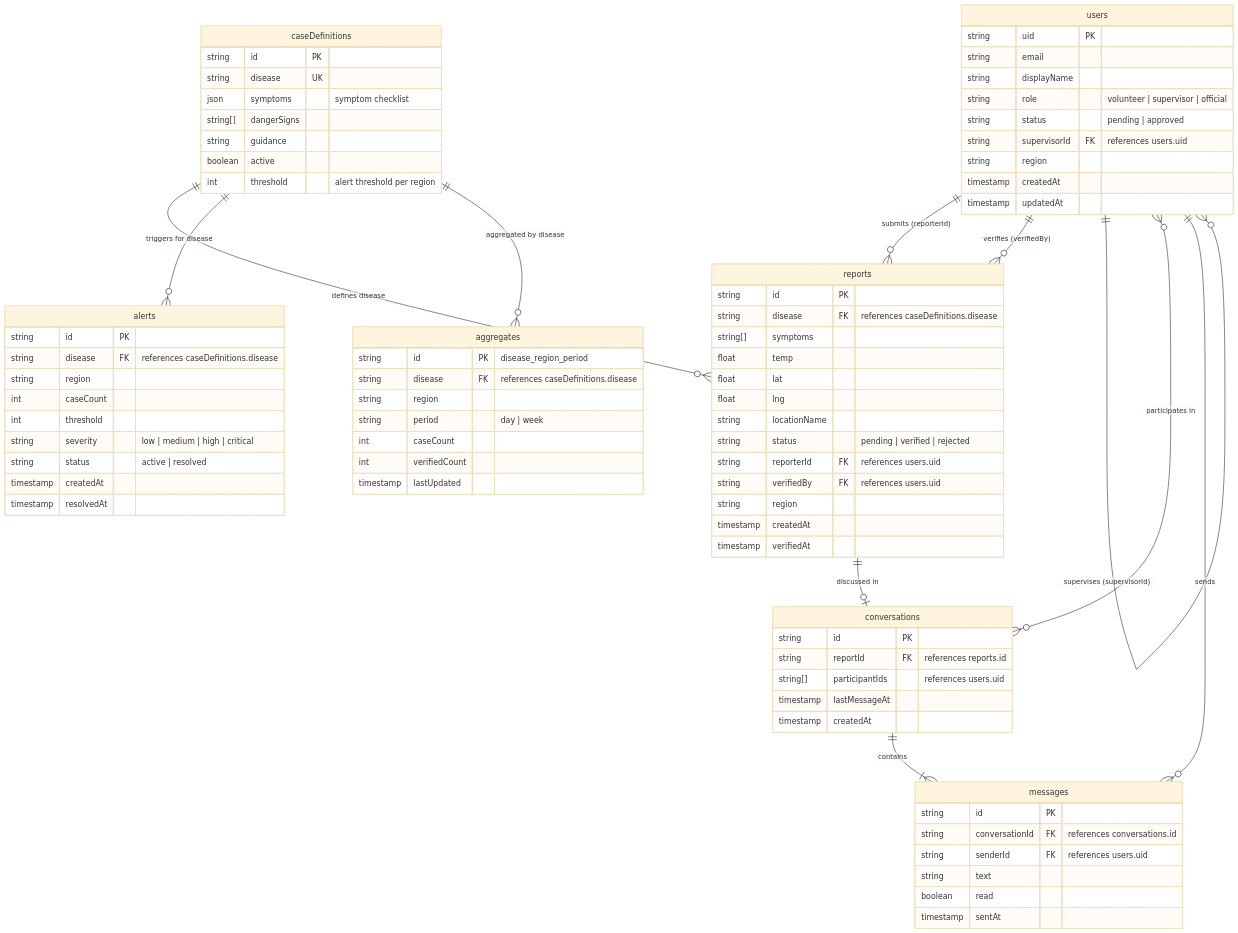
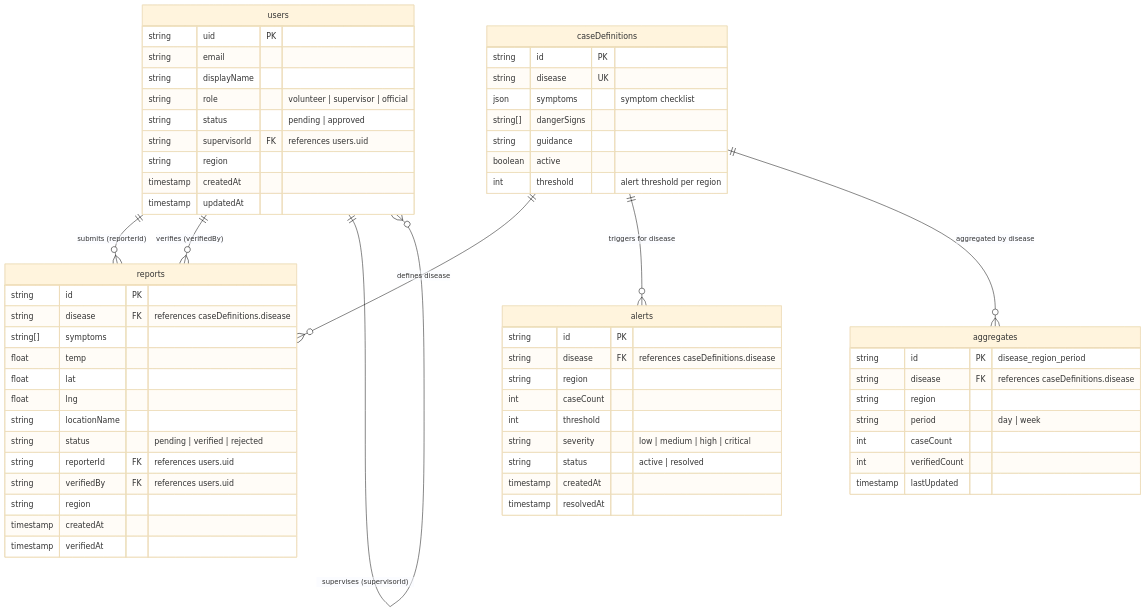
The diagram in docs/erd.mmd (LeoDing-Error/saha-care), drawn with Mermaid (base theme) before and after one commit. The commit also changed 5 other files, not shown here.

Commit message:
docs: Revise project schedule, milestones, and sprint plan for a shorter timeline, integrating Cloud Functions and refining tasks.

```diff
--- a/docs/erd.mmd
+++ b/docs/erd.mmd
@@ -1,89 +1,89 @@
 erDiagram
     users {
         string uid PK
         string email
         string displayName
         string role "volunteer | supervisor | official"
         string status "pending | approved"
         string supervisorId FK "references users.uid"
         string region
         timestamp createdAt
         timestamp updatedAt
     }
 
     reports {
         string id PK
         string disease FK "references caseDefinitions.disease"
         string[] symptoms
         float temp
         float lat
         float lng
         string locationName
         string status "pending | verified | rejected"
         string reporterId FK "references users.uid"
         string verifiedBy FK "references users.uid"
         string region
         timestamp createdAt
         timestamp verifiedAt
     }
 
     caseDefinitions {
         string id PK
         string disease UK
         json symptoms "symptom checklist"
         string[] dangerSigns
         string guidance
         boolean active
         int threshold "alert threshold per region"
     }
 
-    conversations {
-        string id PK
-        string reportId FK "references reports.id"
-        string[] participantIds "references users.uid"
-        timestamp lastMessageAt
-        timestamp createdAt
-    }
-
-    messages {
-        string id PK
-        string conversationId FK "references conversations.id"
-        string senderId FK "references users.uid"
-        string text
-        boolean read
-        timestamp sentAt
-    }
-
     alerts {
         string id PK
         string disease FK "references caseDefinitions.disease"
         string region
         int caseCount
         int threshold
         string severity "low | medium | high | critical"
         string status "active | resolved"
         timestamp createdAt
         timestamp resolvedAt
     }
 
     aggregates {
         string id PK "disease_region_period"
         string disease FK "references caseDefinitions.disease"
         string region
         string period "day | week"
         int caseCount
         int verifiedCount
         timestamp lastUpdated
     }
 
     %% Relationships
     users ||--o{ reports : "submits (reporterId)"
     users ||--o{ reports : "verifies (verifiedBy)"
     users ||--o{ users : "supervises (supervisorId)"
-    users }o--o{ conversations : "participates in"
     caseDefinitions ||--o{ reports : "defines disease"
-    reports ||--o| conversations : "discussed in"
-    conversations ||--|{ messages : "contains"
-    users ||--o{ messages : "sends"
     caseDefinitions ||--o{ alerts : "triggers for disease"
     caseDefinitions ||--o{ aggregates : "aggregated by disease"
+
+    %% Future Phase — In-App Messaging
+    %% conversations {
+    %%     string id PK
+    %%     string reportId FK "references reports.id"
+    %%     string[] participantIds "references users.uid"
+    %%     timestamp lastMessageAt
+    %%     timestamp createdAt
+    %% }
+    %% messages {
+    %%     string id PK
+    %%     string conversationId FK "references conversations.id"
+    %%     string senderId FK "references users.uid"
+    %%     string text
+    %%     boolean read
+    %%     timestamp sentAt
+    %% }
+    %% users }o--o{ conversations : "participates in"
+    %% reports ||--o| conversations : "discussed in"
+    %% conversations ||--|{ messages : "contains"
+    %% users ||--o{ messages : "sends"
```
